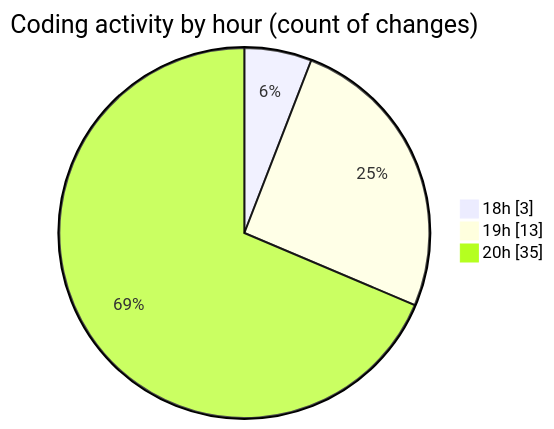
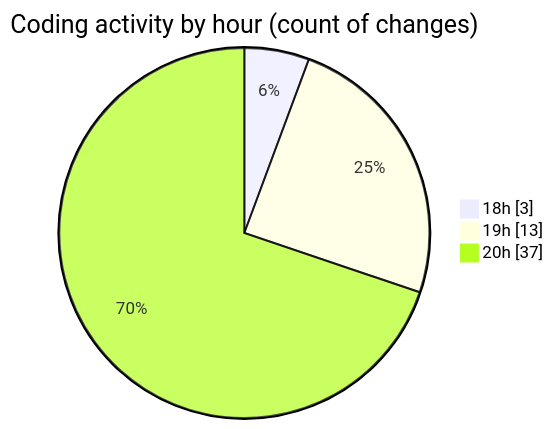
Before and after one commit to MatusMokan/code-tracking: the second of 2 diagrams in 2025-03-20/myws__workspace_/README.md, drawn with Mermaid. The commit also changed other lines of this file and 1 other file, not shown here.

````diff
--- a/2025-03-20/myws__workspace_/README.md
+++ b/2025-03-20/myws__workspace_/README.md
@@ -30,7 +30,7 @@
 ```mermaid
 pie showData
 title Coding activity by hour (count of changes)
 "18h" : 3
 "19h" : 13
-"20h" : 35
+"20h" : 37
 ```
````
